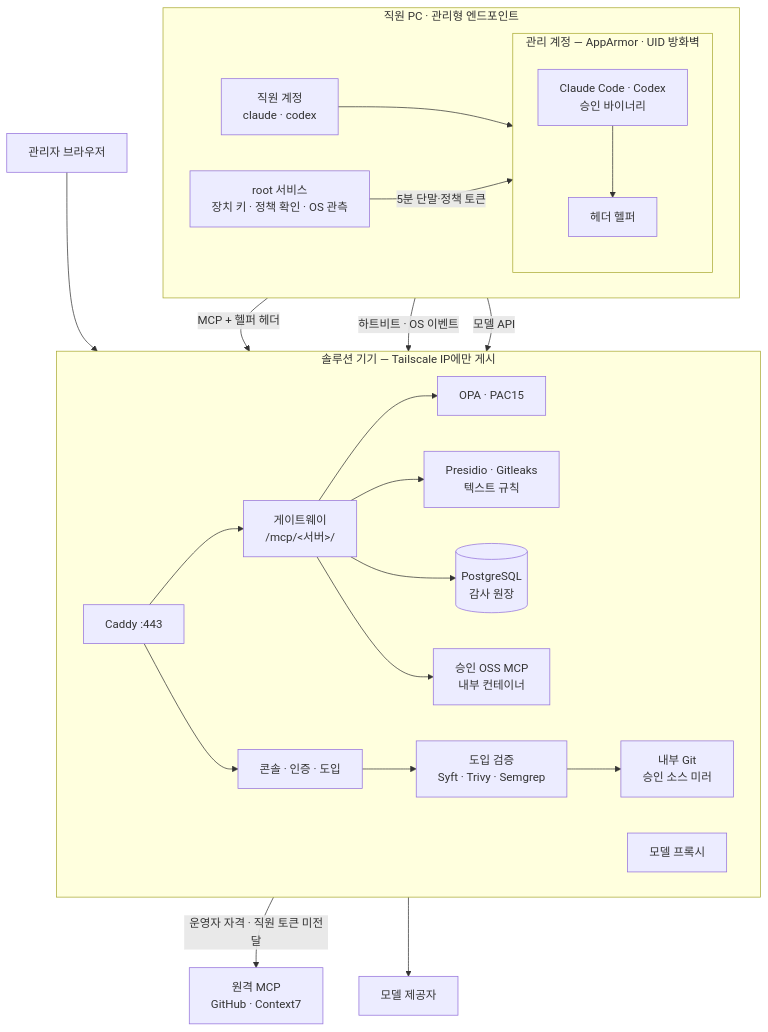
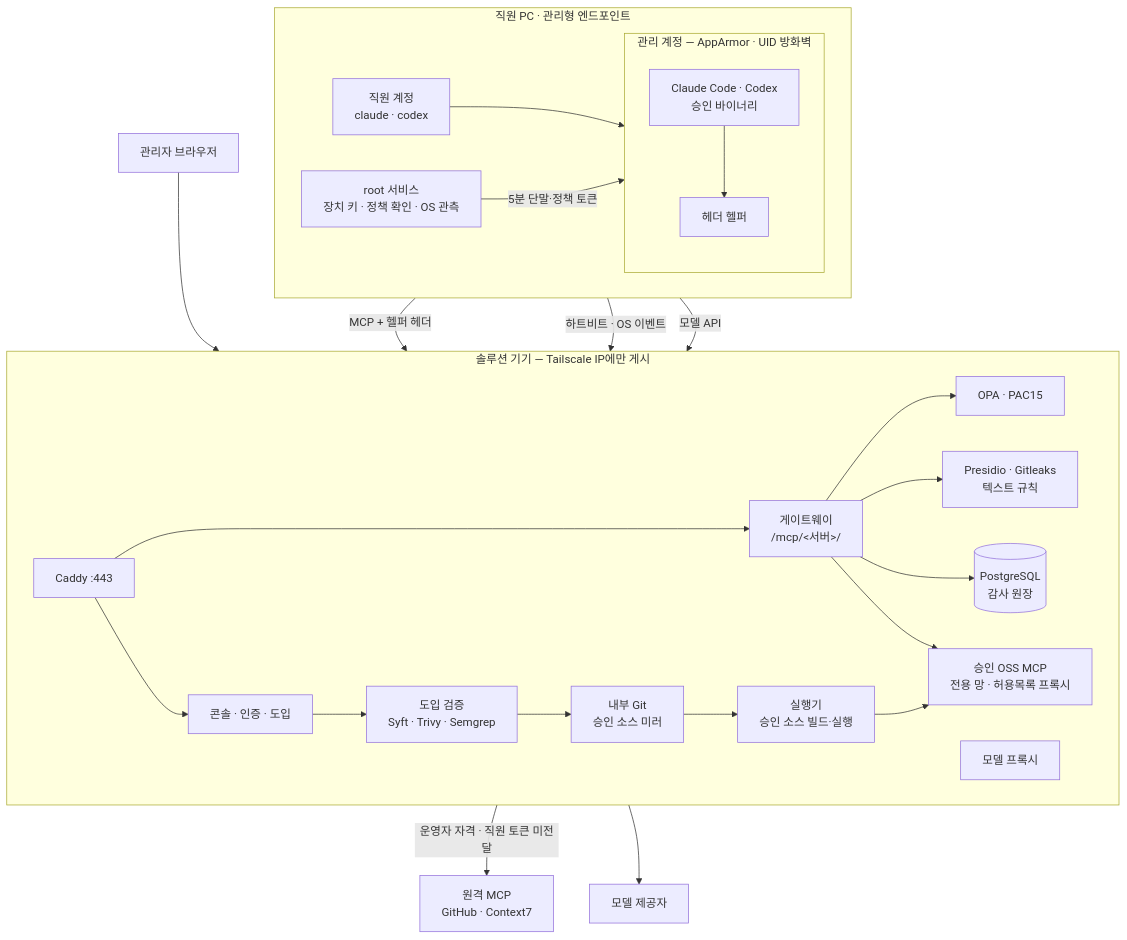
One commit to MCP-governance/mcp-gateway changed the first of 2 diagrams in README.md. Above: the diagram before and after it, drawn with Mermaid. The commit also changed other lines of this file and 16 other files, not shown here.

````diff
--- a/README.md
+++ b/README.md
@@ -8,31 +8,33 @@
 ```mermaid
 flowchart TB
   subgraph PC["직원 PC · 관리형 엔드포인트"]
     direction LR
     EMP["직원 계정<br/>claude · codex"] --> HAR
     subgraph MANAGED["관리 계정 — AppArmor · UID 방화벽"]
       direction TB
       HAR["Claude Code · Codex<br/>승인 바이너리"] --> HELP["헤더 헬퍼"]
     end
     SVC["root 서비스<br/>장치 키 · 정책 확인 · OS 관측"] -- "5분 단말·정책 토큰" --> HELP
   end
 
   subgraph APP["솔루션 기기 — Tailscale IP에만 게시"]
     direction LR
     CADDY["Caddy :443"] --> GW["게이트웨이<br/>/mcp/&lt;서버&gt;/"]
     CADDY --> CON["콘솔 · 인증 · 도입"]
     GW --> OPA["OPA · PAC15"]
     GW --> INS["Presidio · Gitleaks<br/>텍스트 규칙"]
     GW --> DB[("PostgreSQL<br/>감사 원장")]
     CON --> IW["도입 검증<br/>Syft · Trivy · Semgrep"] --> GIT["내부 Git<br/>승인 소스 미러"]
-    GW --> HOST["승인 OSS MCP<br/>내부 컨테이너"]
+    RW["실행기<br/>승인 소스 빌드·실행"] --> HOST["승인 OSS MCP<br/>전용 망 · 허용목록 프록시"]
+    GIT --> RW
+    GW --> HOST
     MP["모델 프록시"]
   end
 
   HAR -- "MCP + 헬퍼 헤더" --> CADDY
   SVC -- "하트비트 · OS 이벤트" --> CADDY
   HAR -- "모델 API" --> MP
   GW -- "운영자 자격 · 직원 토큰 미전달" --> SAAS["원격 MCP<br/>GitHub · Context7"]
   MP --> LLM["모델 제공자"]
   ADMIN["관리자 브라우저"] --> CADDY
 ```
````
